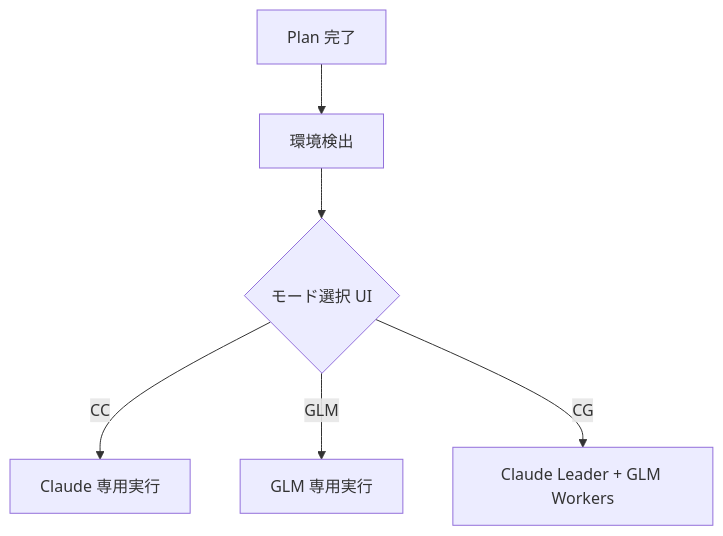
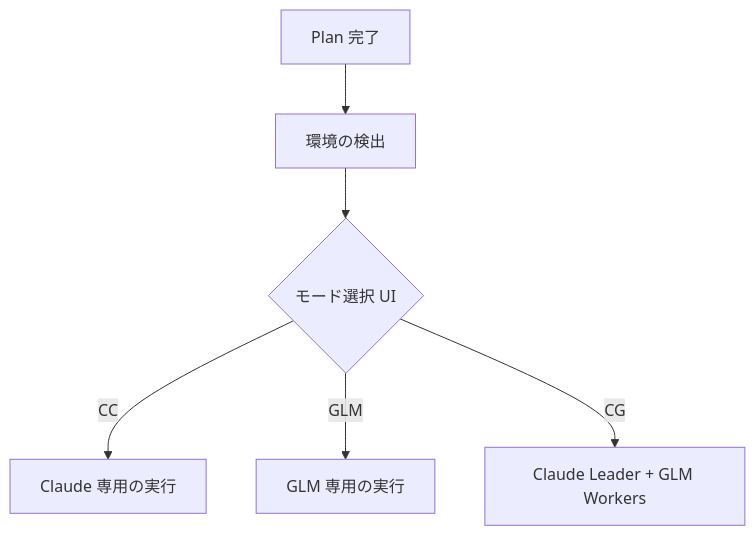
One commit to modu-ai/moai-adk changed the fifth of 5 diagrams in docs-site/content/ja/core-concepts/what-is-moai-adk.md. Above: the diagram before and after it, drawn with Mermaid. The commit also changed other lines of this file and 395 other files, not shown here.

````diff
--- a/docs-site/content/ja/core-concepts/what-is-moai-adk.md
+++ b/docs-site/content/ja/core-concepts/what-is-moai-adk.md
@@ -341,8 +375,8 @@
 ```mermaid
 flowchart TD
-    A["Plan 完了"] --> B["環境検出"]
+    A["Plan 完了"] --> B["環境の検出"]
     B --> C{"モード選択 UI"}
-    C -->|"CC"| D["Claude 専用実行"]
-    C -->|"GLM"| E["GLM 専用実行"]
+    C -->|"CC"| D["Claude 専用の実行"]
+    C -->|"GLM"| E["GLM 専用の実行"]
     C -->|"CG"| F["Claude Leader + GLM Workers"]
 ```
````
